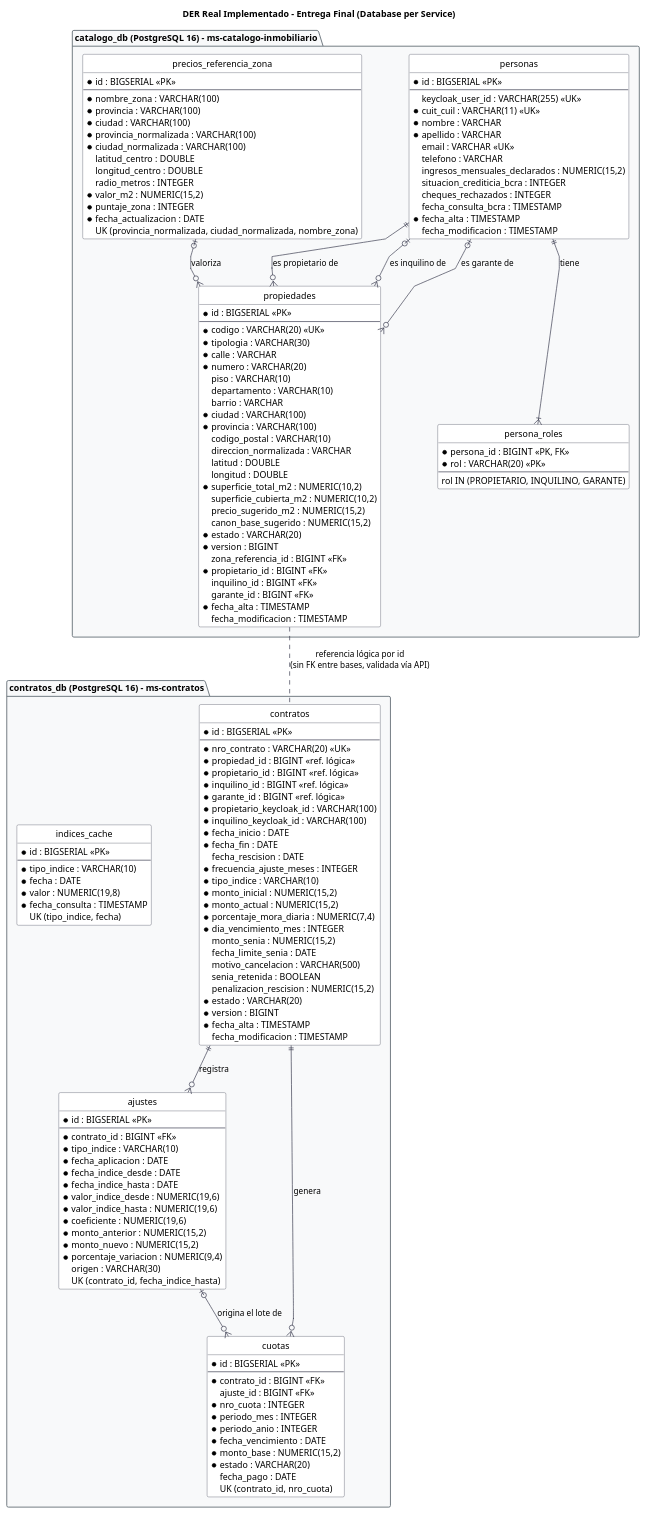
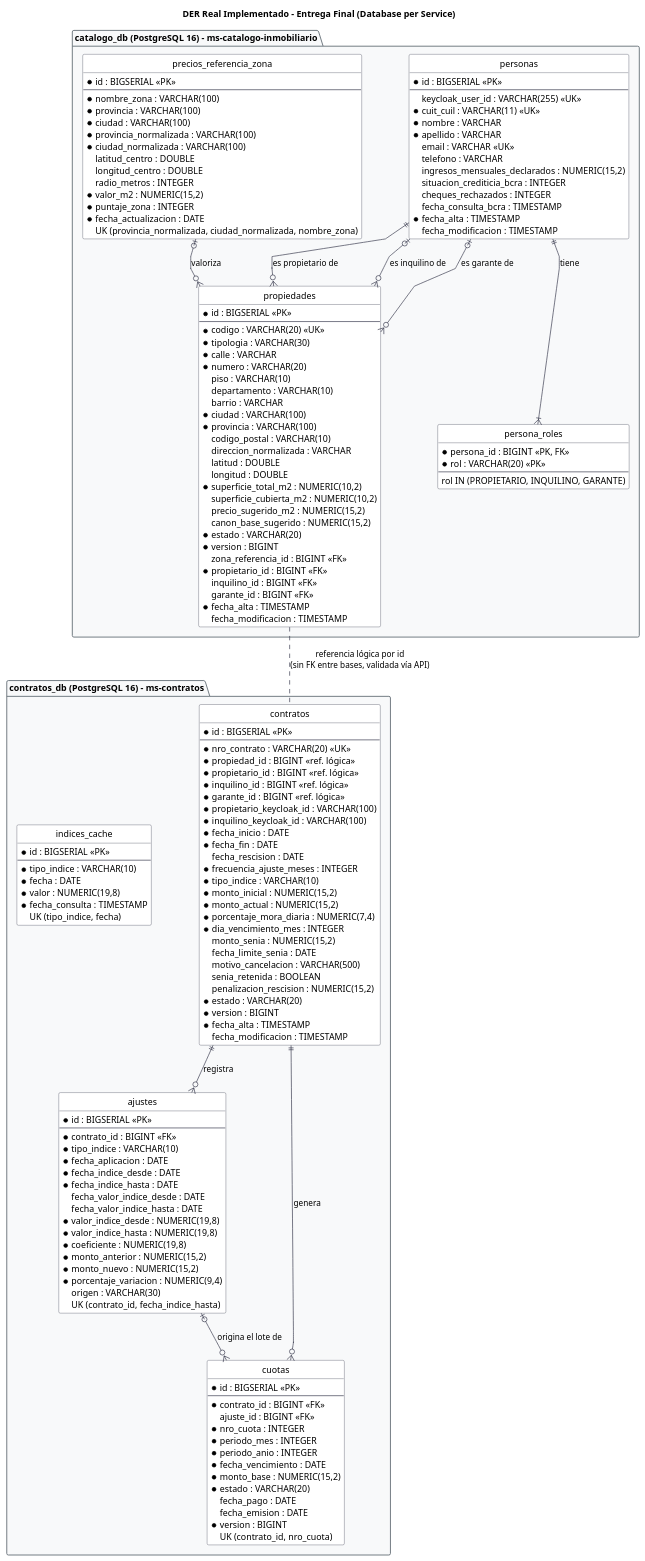
The third of 5 diagrams in docs/Diagramas-EntregaFinal.md (Luxuul01/tpi-back-RovedaSA), drawn with PlantUML before and after one commit. The commit also changed other lines of this file and 5 other files, not shown here.

```diff
--- a/docs/Diagramas-EntregaFinal.md
+++ b/docs/Diagramas-EntregaFinal.md
@@ -263,9 +263,11 @@
         * fecha_aplicacion : DATE
         * fecha_indice_desde : DATE
         * fecha_indice_hasta : DATE
-        * valor_indice_desde : NUMERIC(19,6)
-        * valor_indice_hasta : NUMERIC(19,6)
-        * coeficiente : NUMERIC(19,6)
+        fecha_valor_indice_desde : DATE
+        fecha_valor_indice_hasta : DATE
+        * valor_indice_desde : NUMERIC(19,8)
+        * valor_indice_hasta : NUMERIC(19,8)
+        * coeficiente : NUMERIC(19,8)
         * monto_anterior : NUMERIC(15,2)
         * monto_nuevo : NUMERIC(15,2)
         * porcentaje_variacion : NUMERIC(9,4)
@@ -285,6 +287,8 @@
         * monto_base : NUMERIC(15,2)
         * estado : VARCHAR(20)
         fecha_pago : DATE
+        fecha_emision : DATE
+        * version : BIGINT
         UK (contrato_id, nro_cuota)
     }
 
```
